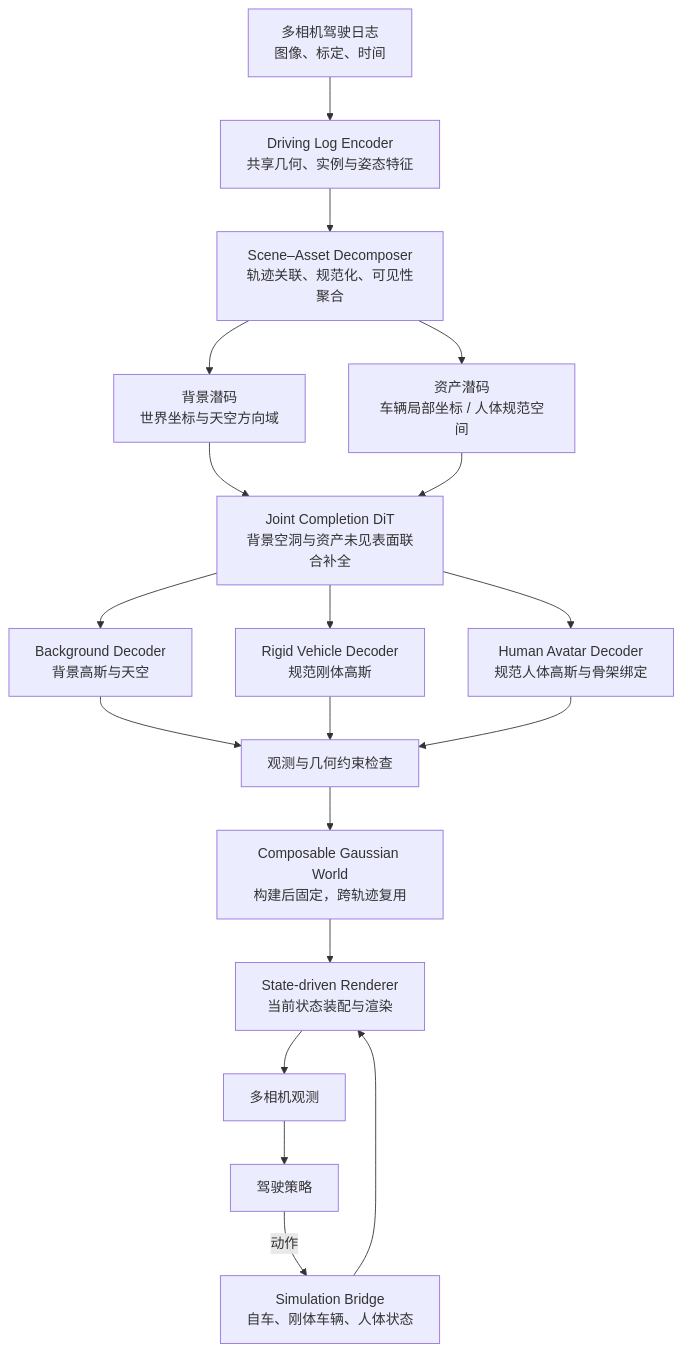
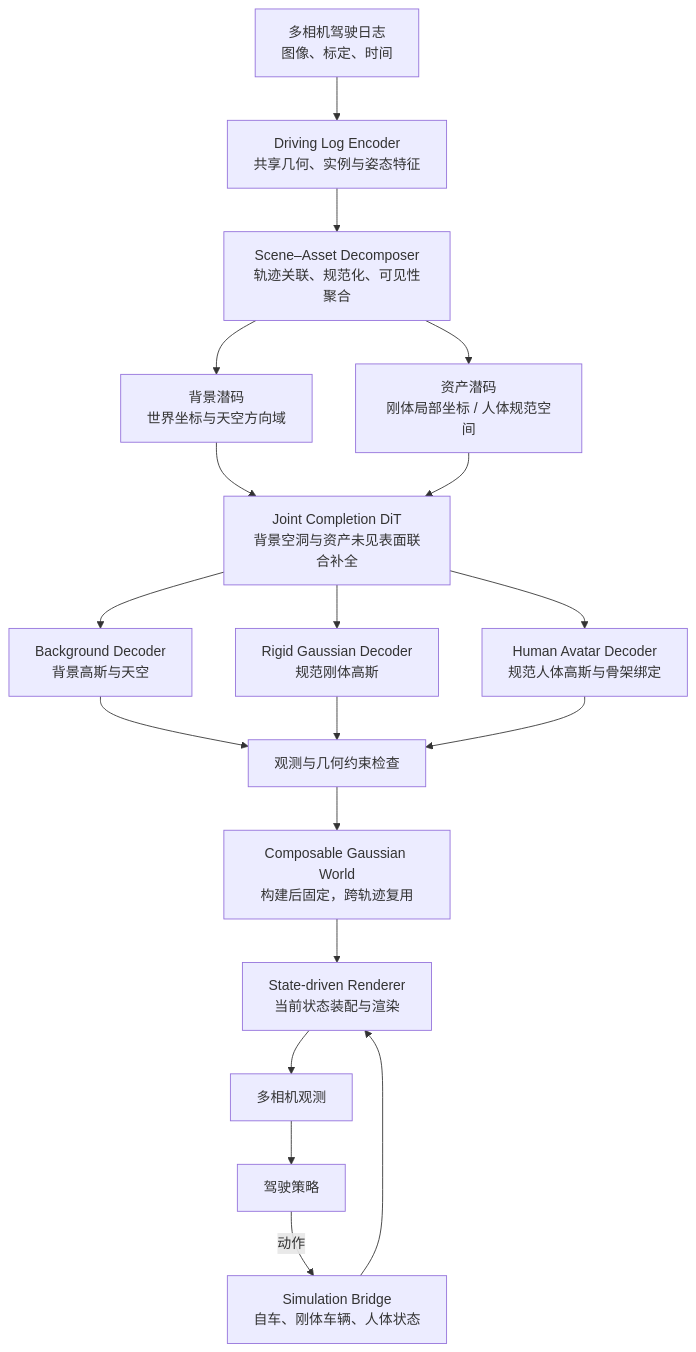
The diagram in docs/architecture.md (BryceWinston/drivecompose), drawn with Mermaid before and after one commit. The commit also changed other lines of this file and 97 other files, not shown here.

````diff
--- a/docs/architecture.md
+++ b/docs/architecture.md
@@ -11,21 +11,21 @@
 ```mermaid
 flowchart TB
   IN[多相机驾驶日志<br/>图像、标定、时间] --> ENC[Driving Log Encoder<br/>共享几何、实例与姿态特征]
   ENC --> SPLIT[Scene–Asset Decomposer<br/>轨迹关联、规范化、可见性聚合]
   SPLIT --> BG[背景潜码<br/>世界坐标与天空方向域]
-  SPLIT --> AS[资产潜码<br/>车辆局部坐标 / 人体规范空间]
+  SPLIT --> AS[资产潜码<br/>刚体局部坐标 / 人体规范空间]
   BG --> DIT[Joint Completion DiT<br/>背景空洞与资产未见表面联合补全]
   AS --> DIT
   DIT --> BD[Background Decoder<br/>背景高斯与天空]
-  DIT --> VD[Rigid Vehicle Decoder<br/>规范刚体高斯]
+  DIT --> VD[Rigid Gaussian Decoder<br/>规范刚体高斯]
   DIT --> HD[Human Avatar Decoder<br/>规范人体高斯与骨架绑定]
   BD --> CHECK[观测与几何约束检查]
   VD --> CHECK
   HD --> CHECK
   CHECK --> WORLD[Composable Gaussian World<br/>构建后固定，跨轨迹复用]
   WORLD --> RENDER[State-driven Renderer<br/>当前状态装配与渲染]
   STATE[Simulation Bridge<br/>自车、刚体车辆、人体状态] --> RENDER
   RENDER --> OBS[多相机观测]
   OBS --> POLICY[驾驶策略]
   POLICY -->|动作| STATE
 ```
````
